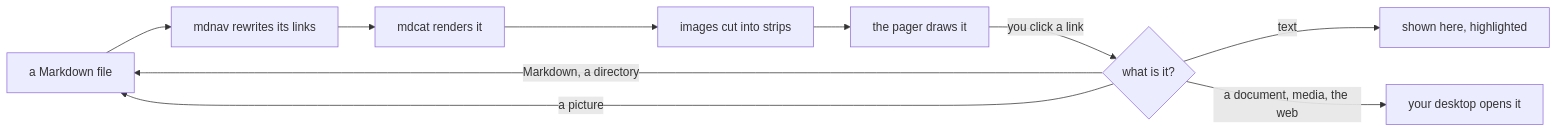
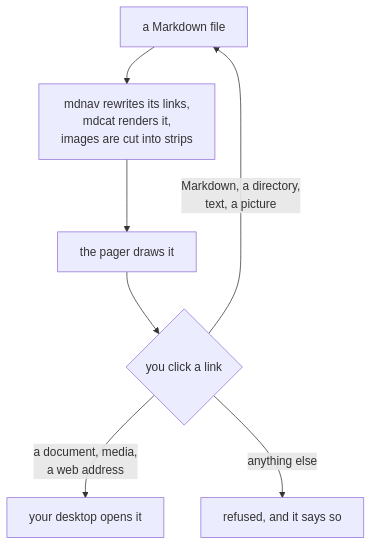
The diagram in README.md (Ginger-Beard/mdnav), drawn with Mermaid before and after one commit. The commit also changed 3 other files, not shown here.

````diff
--- a/README.md
+++ b/README.md
@@ -117,12 +117,9 @@
 ```mermaid
-flowchart LR
-  file["a Markdown file"] --> rewrite["mdnav rewrites its links"]
-  rewrite --> mdcat["mdcat renders it"]
-  mdcat --> slice["images cut into strips"]
-  slice --> screen["the pager draws it"]
-  screen -->|you click a link| decide{"what is it?"}
-  decide -->|Markdown, a directory| file
-  decide -->|text| show["shown here, highlighted"]
-  decide -->|a picture| file
-  decide -->|a document, media, the web| desktop["your desktop opens it"]
+flowchart TB
+  file["a Markdown file"] --> render["mdnav rewrites its links,<br/>mdcat renders it,<br/>images are cut into strips"]
+  render --> screen["the pager draws it"]
+  screen --> decide{"you click a link"}
+  decide -->|"Markdown, a directory,<br/>text, a picture"| file
+  decide -->|"a document, media,<br/>a web address"| desktop["your desktop opens it"]
+  decide -->|"anything else"| refuse["refused, and it says so"]
 ```
````
